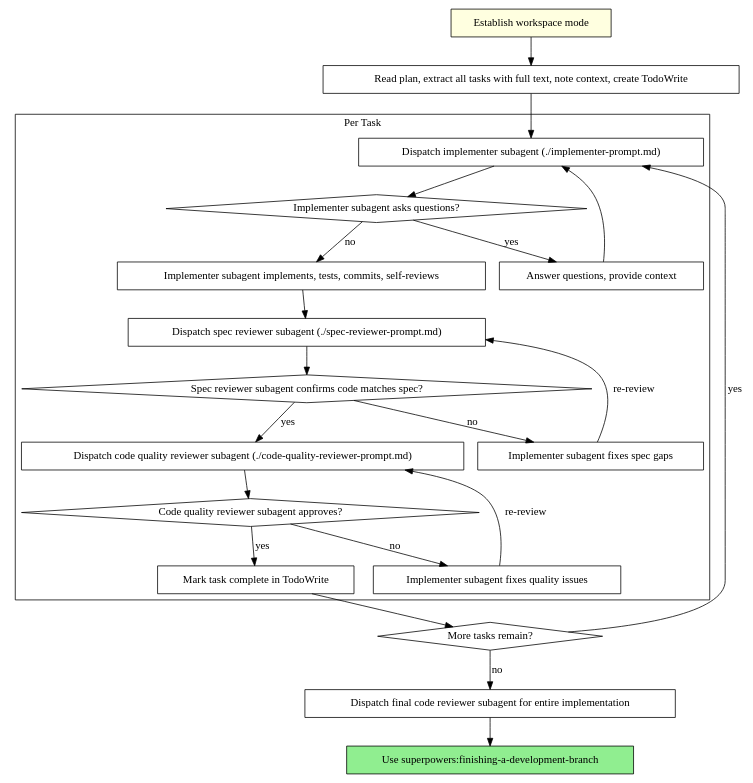
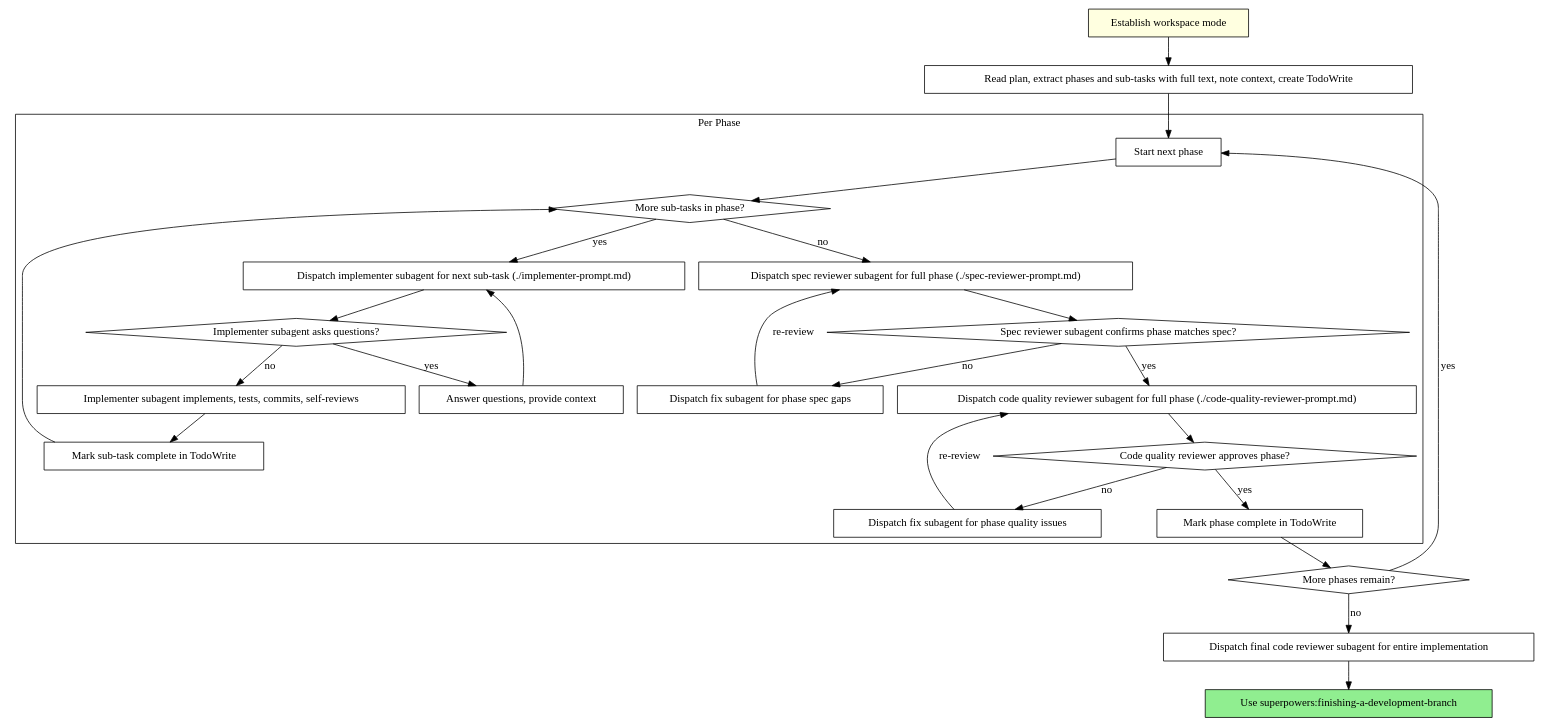
Before and after one commit to bnema/softpowers: the second of 2 diagrams in skills/subagent-driven-development/SKILL.md, drawn with Graphviz. The commit also changed other lines of this file and 10 other files, not shown here.

Commit message:
docs: make plan reviews phase-based

````diff
--- a/skills/subagent-driven-development/SKILL.md
+++ b/skills/subagent-driven-development/SKILL.md
@@ -42,46 +42,53 @@
 ```dot
 digraph process {
     rankdir=TB;
 
-    subgraph cluster_per_task {
-        label="Per Task";
-        "Dispatch implementer subagent (./implementer-prompt.md)" [shape=box];
+    subgraph cluster_phase {
+        label="Per Phase";
+        "Start next phase" [shape=box];
+        "More sub-tasks in phase?" [shape=diamond];
+        "Dispatch implementer subagent for next sub-task (./implementer-prompt.md)" [shape=box];
         "Implementer subagent asks questions?" [shape=diamond];
         "Answer questions, provide context" [shape=box];
         "Implementer subagent implements, tests, commits, self-reviews" [shape=box];
-        "Dispatch spec reviewer subagent (./spec-reviewer-prompt.md)" [shape=box];
-        "Spec reviewer subagent confirms code matches spec?" [shape=diamond];
-        "Implementer subagent fixes spec gaps" [shape=box];
-        "Dispatch code quality reviewer subagent (./code-quality-reviewer-prompt.md)" [shape=box];
-        "Code quality reviewer subagent approves?" [shape=diamond];
-        "Implementer subagent fixes quality issues" [shape=box];
-        "Mark task complete in TodoWrite" [shape=box];
+        "Mark sub-task complete in TodoWrite" [shape=box];
+        "Dispatch spec reviewer subagent for full phase (./spec-reviewer-prompt.md)" [shape=box];
+        "Spec reviewer subagent confirms phase matches spec?" [shape=diamond];
+        "Dispatch fix subagent for phase spec gaps" [shape=box];
+        "Dispatch code quality reviewer subagent for full phase (./code-quality-reviewer-prompt.md)" [shape=box];
+        "Code quality reviewer approves phase?" [shape=diamond];
+        "Dispatch fix subagent for phase quality issues" [shape=box];
+        "Mark phase complete in TodoWrite" [shape=box];
     }
 
     "Establish workspace mode" [shape=box style=filled fillcolor=lightyellow];
-    "Read plan, extract all tasks with full text, note context, create TodoWrite" [shape=box];
-    "More tasks remain?" [shape=diamond];
+    "Read plan, extract phases and sub-tasks with full text, note context, create TodoWrite" [shape=box];
+    "More phases remain?" [shape=diamond];
     "Dispatch final code reviewer subagent for entire implementation" [shape=box];
     "Use superpowers:finishing-a-development-branch" [shape=box style=filled fillcolor=lightgreen];
 
-    "Establish workspace mode" -> "Read plan, extract all tasks with full text, note context, create TodoWrite";
-    "Read plan, extract all tasks with full text, note context, create TodoWrite" -> "Dispatch implementer subagent (./implementer-prompt.md)";
-    "Dispatch implementer subagent (./implementer-prompt.md)" -> "Implementer subagent asks questions?";
+    "Establish workspace mode" -> "Read plan, extract phases and sub-tasks with full text, note context, create TodoWrite";
+    "Read plan, extract phases and sub-tasks with full text, note context, create TodoWrite" -> "Start next phase";
+    "Start next phase" -> "More sub-tasks in phase?";
+    "More sub-tasks in phase?" -> "Dispatch implementer subagent for next sub-task (./implementer-prompt.md)" [label="yes"];
+    "Dispatch implementer subagent for next sub-task (./implementer-prompt.md)" -> "Implementer subagent asks questions?";
     "Implementer subagent asks questions?" -> "Answer questions, provide context" [label="yes"];
-    "Answer questions, provide context" -> "Dispatch implementer subagent (./implementer-prompt.md)";
+    "Answer questions, provide context" -> "Dispatch implementer subagent for next sub-task (./implementer-prompt.md)";
     "Implementer subagent asks questions?" -> "Implementer subagent implements, tests, commits, self-reviews" [label="no"];
-    "Implementer subagent implements, tests, commits, self-reviews" -> "Dispatch spec reviewer subagent (./spec-reviewer-prompt.md)";
-    "Dispatch spec reviewer subagent (./spec-reviewer-prompt.md)" -> "Spec reviewer subagent confirms code matches spec?";
-    "Spec reviewer subagent confirms code matches spec?" -> "Implementer subagent fixes spec gaps" [label="no"];
-    "Implementer subagent fixes spec gaps" -> "Dispatch spec reviewer subagent (./spec-reviewer-prompt.md)" [label="re-review"];
-    "Spec reviewer subagent confirms code matches spec?" -> "Dispatch code quality reviewer subagent (./code-quality-reviewer-prompt.md)" [label="yes"];
-    "Dispatch code quality reviewer subagent (./code-quality-reviewer-prompt.md)" -> "Code quality reviewer subagent approves?";
-    "Code quality reviewer subagent approves?" -> "Implementer subagent fixes quality issues" [label="no"];
-    "Implementer subagent fixes quality issues" -> "Dispatch code quality reviewer subagent (./code-quality-reviewer-prompt.md)" [label="re-review"];
-    "Code quality reviewer subagent approves?" -> "Mark task complete in TodoWrite" [label="yes"];
-    "Mark task complete in TodoWrite" -> "More tasks remain?";
-    "More tasks remain?" -> "Dispatch implementer subagent (./implementer-prompt.md)" [label="yes"];
-    "More tasks remain?" -> "Dispatch final code reviewer subagent for entire implementation" [label="no"];
+    "Implementer subagent implements, tests, commits, self-reviews" -> "Mark sub-task complete in TodoWrite";
+    "Mark sub-task complete in TodoWrite" -> "More sub-tasks in phase?";
+    "More sub-tasks in phase?" -> "Dispatch spec reviewer subagent for full phase (./spec-reviewer-prompt.md)" [label="no"];
+    "Dispatch spec reviewer subagent for full phase (./spec-reviewer-prompt.md)" -> "Spec reviewer subagent confirms phase matches spec?";
+    "Spec reviewer subagent confirms phase matches spec?" -> "Dispatch fix subagent for phase spec gaps" [label="no"];
+    "Dispatch fix subagent for phase spec gaps" -> "Dispatch spec reviewer subagent for full phase (./spec-reviewer-prompt.md)" [label="re-review"];
+    "Spec reviewer subagent confirms phase matches spec?" -> "Dispatch code quality reviewer subagent for full phase (./code-quality-reviewer-prompt.md)" [label="yes"];
+    "Dispatch code quality reviewer subagent for full phase (./code-quality-reviewer-prompt.md)" -> "Code quality reviewer approves phase?";
+    "Code quality reviewer approves phase?" -> "Dispatch fix subagent for phase quality issues" [label="no"];
+    "Dispatch fix subagent for phase quality issues" -> "Dispatch code quality reviewer subagent for full phase (./code-quality-reviewer-prompt.md)" [label="re-review"];
+    "Code quality reviewer approves phase?" -> "Mark phase complete in TodoWrite" [label="yes"];
+    "Mark phase complete in TodoWrite" -> "More phases remain?";
+    "More phases remain?" -> "Start next phase" [label="yes"];
+    "More phases remain?" -> "Dispatch final code reviewer subagent for entire implementation" [label="no"];
     "Dispatch final code reviewer subagent for entire implementation" -> "Use superpowers:finishing-a-development-branch";
 }
 ```
````
